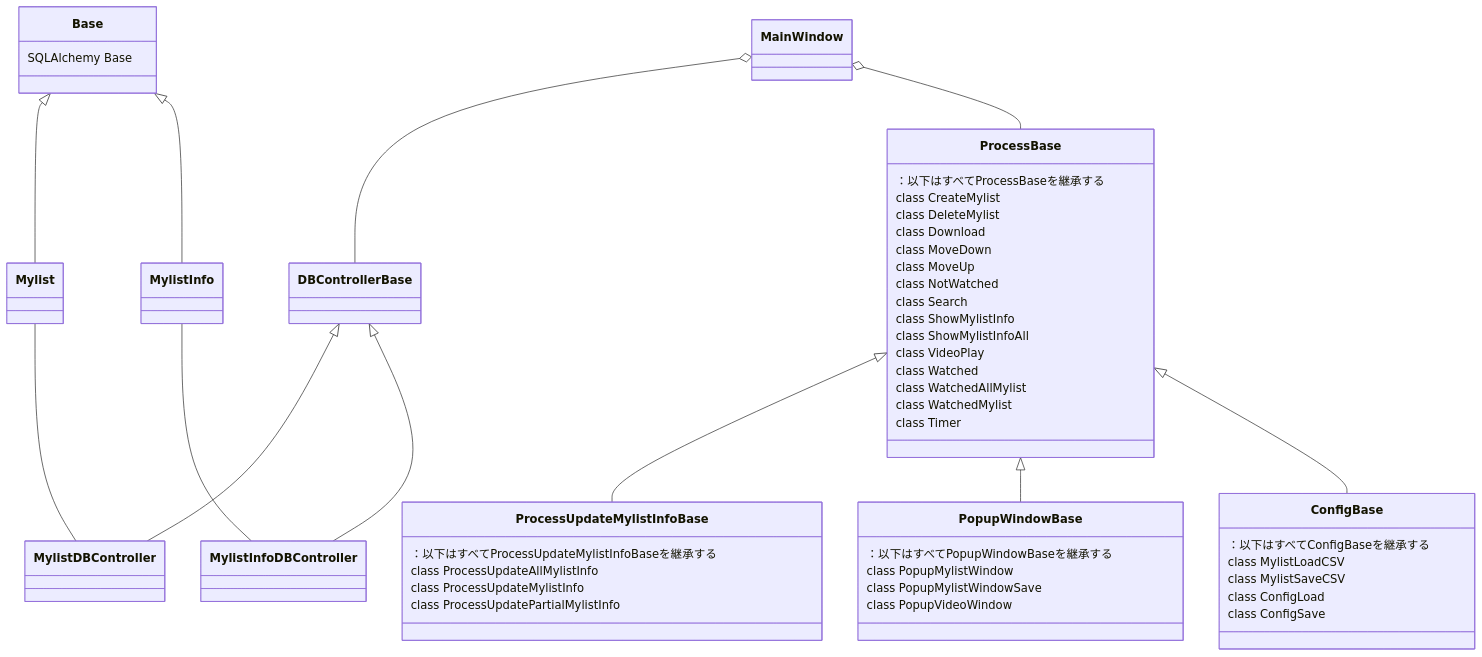
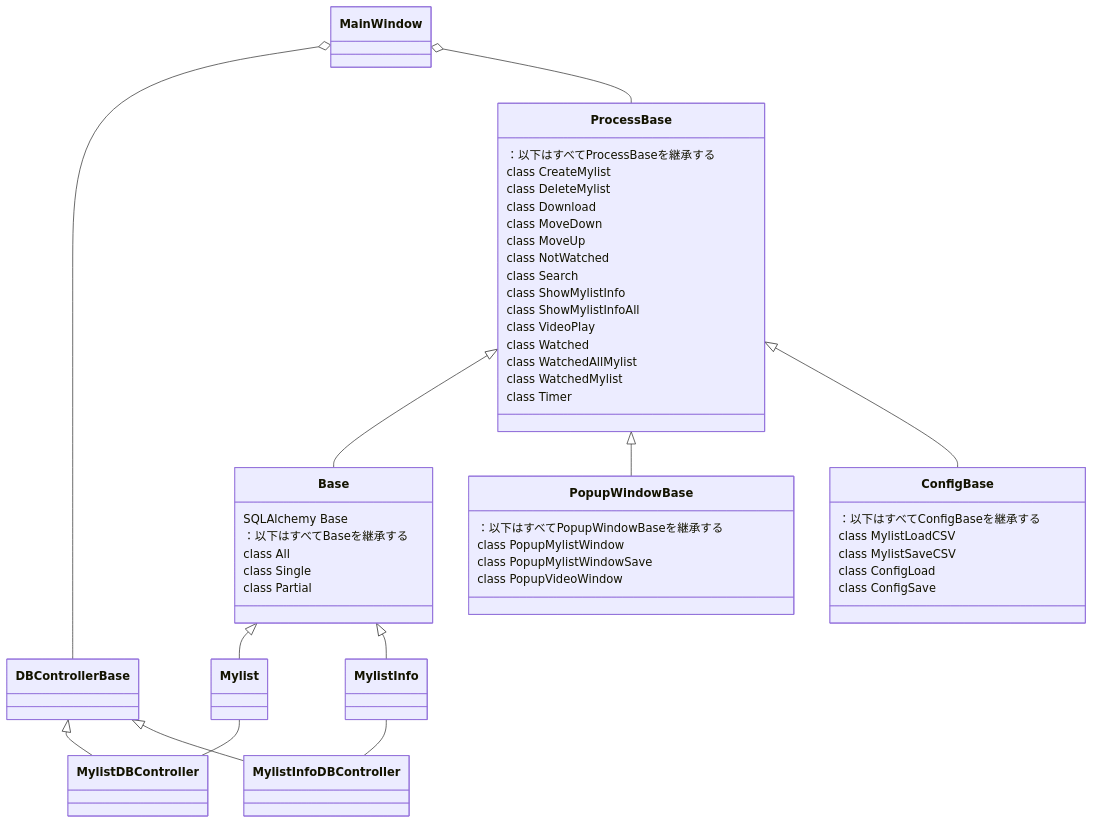
Before and after one commit to shift4869/NNMM: the diagram in mermaid/class.md, drawn with Mermaid. The commit also changed 10 other files, not shown here.

````diff
--- a/mermaid/class.md
+++ b/mermaid/class.md
@@ -1,68 +1,68 @@
 ```mermaid
 classDiagram
     class MainWindow
 
     class Base{
         SQLAlchemy Base
     }
     class Mylist
     class MylistInfo
 
     class DBControllerBase
     class MylistDBController
     class MylistInfoDBController
 
     class ProcessBase{
         ：以下はすべてProcessBaseを継承する
         class CreateMylist
         class DeleteMylist
         class Download
         class MoveDown
         class MoveUp
         class NotWatched
         class Search
         class ShowMylistInfo
         class ShowMylistInfoAll
         class VideoPlay
         class Watched
         class WatchedAllMylist
         class WatchedMylist
         class Timer
     }
 
-    class ProcessUpdateMylistInfoBase{
-        ：以下はすべてProcessUpdateMylistInfoBaseを継承する
-        class ProcessUpdateAllMylistInfo
-        class ProcessUpdateMylistInfo
-        class ProcessUpdatePartialMylistInfo
+    class Base{
+        ：以下はすべてBaseを継承する
+        class All
+        class Single
+        class Partial
     }
 
     class PopupWindowBase{
         ：以下はすべてPopupWindowBaseを継承する
         class PopupMylistWindow
         class PopupMylistWindowSave
         class PopupVideoWindow
     }
 
     class ConfigBase{
         ：以下はすべてConfigBaseを継承する
         class MylistLoadCSV
         class MylistSaveCSV
         class ConfigLoad
         class ConfigSave
     }
 
     MainWindow o-- DBControllerBase
     MainWindow o-- ProcessBase
 
     Base <|-- Mylist
     Base <|-- MylistInfo
     DBControllerBase <|-- MylistDBController
     DBControllerBase <|-- MylistInfoDBController
     Mylist -- MylistDBController
     MylistInfo -- MylistInfoDBController
 
-    ProcessBase <|-- ProcessUpdateMylistInfoBase
+    ProcessBase <|-- Base
     ProcessBase <|-- PopupWindowBase
     ProcessBase <|-- ConfigBase
 ```
````
